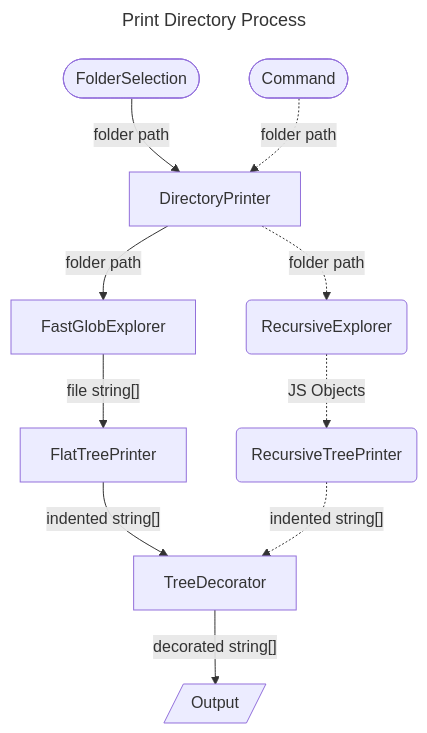
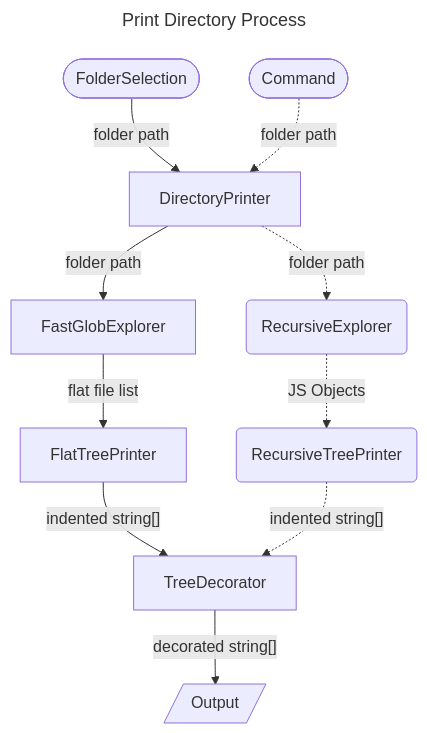
The diagram in DESIGN.md (UltraByteSoftwares/vscode-markdown-tree), drawn with Mermaid before and after one commit. The commit also changed 5 other files, not shown here.

````diff
--- a/DESIGN.md
+++ b/DESIGN.md
@@ -5,21 +5,21 @@
 ```mermaid
 ---
 title: Print Directory Process
 ---
 
 flowchart TB
 
     fs([FolderSelection]) -- folder path --> DirectoryPrinter
     command([Command]) -. folder path .-> DirectoryPrinter
 
     DirectoryPrinter -- folder path --> FastGlobExplorer
     DirectoryPrinter -. folder path .-> recx(RecursiveExplorer) 
 
-    FastGlobExplorer -- file string[] --> FlatTreePrinter
+    FastGlobExplorer -- flat file list --> FlatTreePrinter
     FlatTreePrinter -- indented string[] --> TreeDecorator
 
     recx -. JS Objects .-> retp(RecursiveTreePrinter)
     retp -. indented string[] .-> TreeDecorator
 
     TreeDecorator -- decorated string[] --> output[/Output/]
 ```
````
